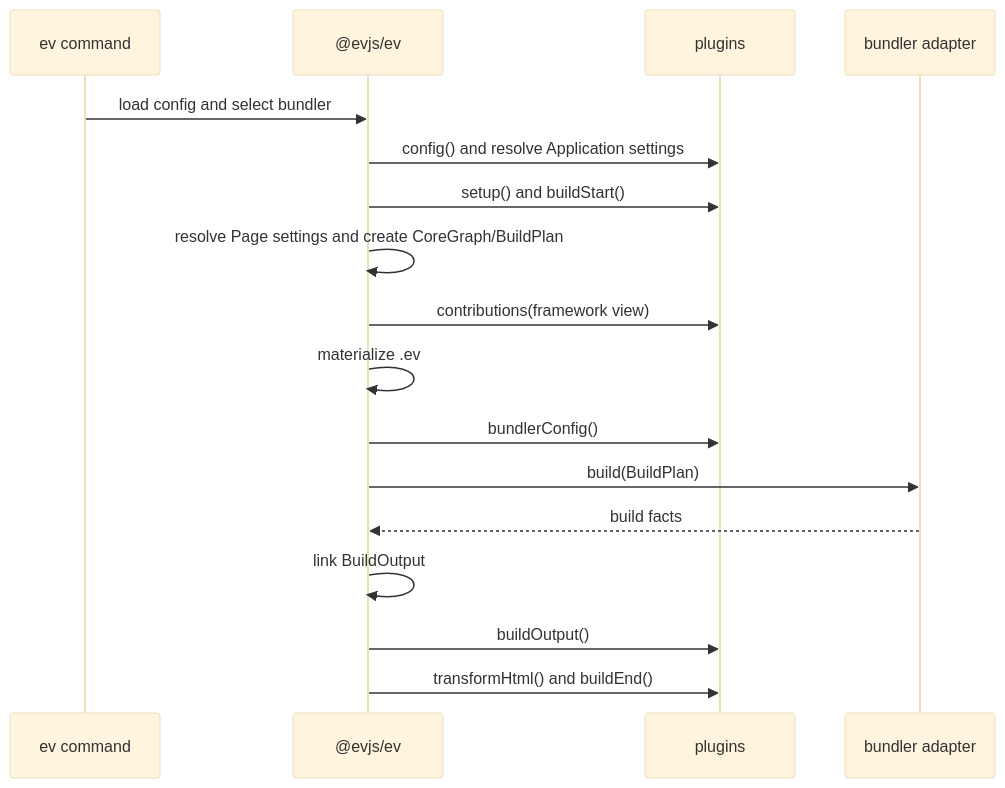
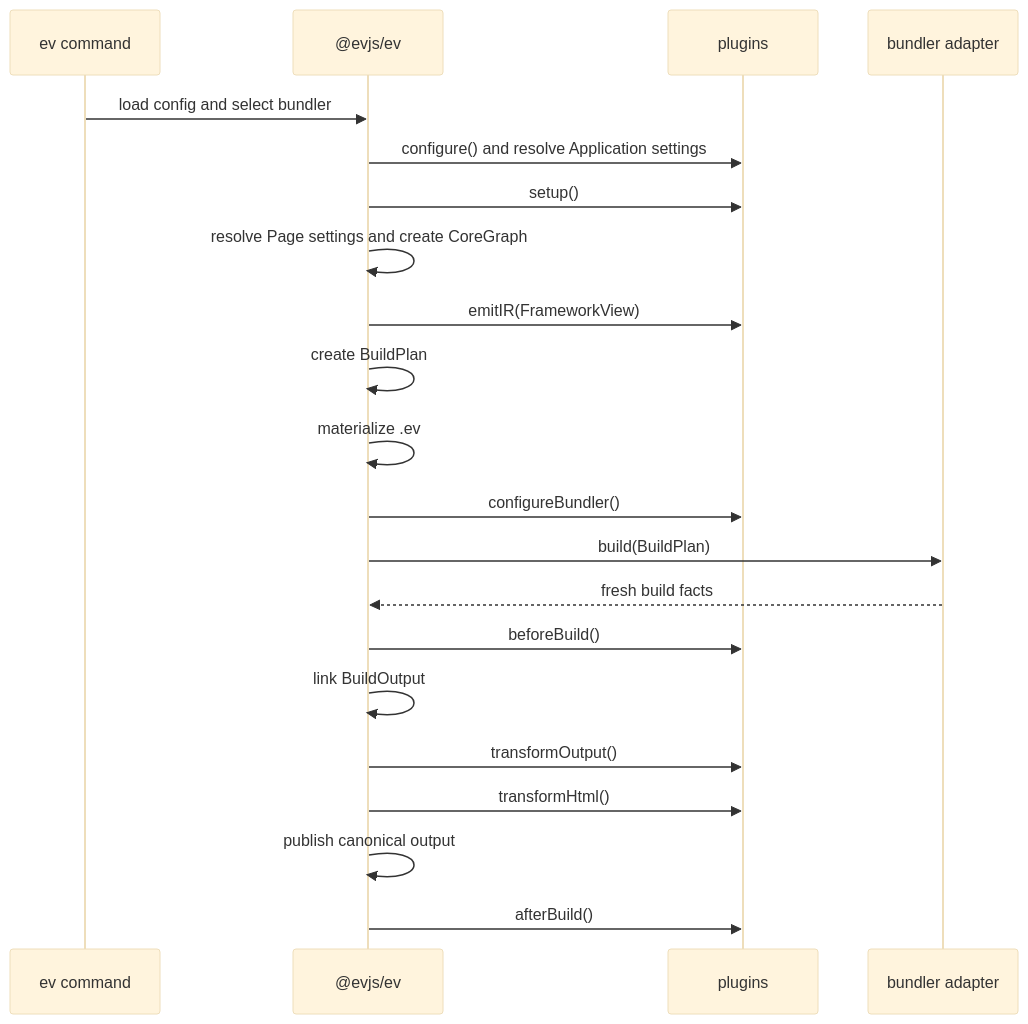
Before and after one commit to afx-team/evjs: the second of 2 diagrams in docs/docs/architecture.md, drawn with Mermaid (base theme). The commit also changed other lines of this file and 228 other files, not shown here.

Commit message:
refactor(core): simplify plugin and runtime boundaries (#69)

````diff
--- a/docs/docs/architecture.md
+++ b/docs/docs/architecture.md
@@ -97,20 +97,24 @@
 ```mermaid
 sequenceDiagram
   participant CLI as ev command
   participant Core as @evjs/ev
   participant Plugin as plugins
   participant Bundler as bundler adapter
 
   CLI->>Core: load config and select bundler
-  Core->>Plugin: config() and resolve Application settings
-  Core->>Plugin: setup() and buildStart()
-  Core->>Core: resolve Page settings and create CoreGraph/BuildPlan
-  Core->>Plugin: contributions(framework view)
+  Core->>Plugin: configure() and resolve Application settings
+  Core->>Plugin: setup()
+  Core->>Core: resolve Page settings and create CoreGraph
+  Core->>Plugin: emitIR(FrameworkView)
+  Core->>Core: create BuildPlan
   Core->>Core: materialize .ev
-  Core->>Plugin: bundlerConfig()
+  Core->>Plugin: configureBundler()
   Core->>Bundler: build(BuildPlan)
-  Bundler-->>Core: build facts
+  Bundler-->>Core: fresh build facts
+  Core->>Plugin: beforeBuild()
   Core->>Core: link BuildOutput
-  Core->>Plugin: buildOutput()
-  Core->>Plugin: transformHtml() and buildEnd()
+  Core->>Plugin: transformOutput()
+  Core->>Plugin: transformHtml()
+  Core->>Core: publish canonical output
+  Core->>Plugin: afterBuild()
 ```
````
